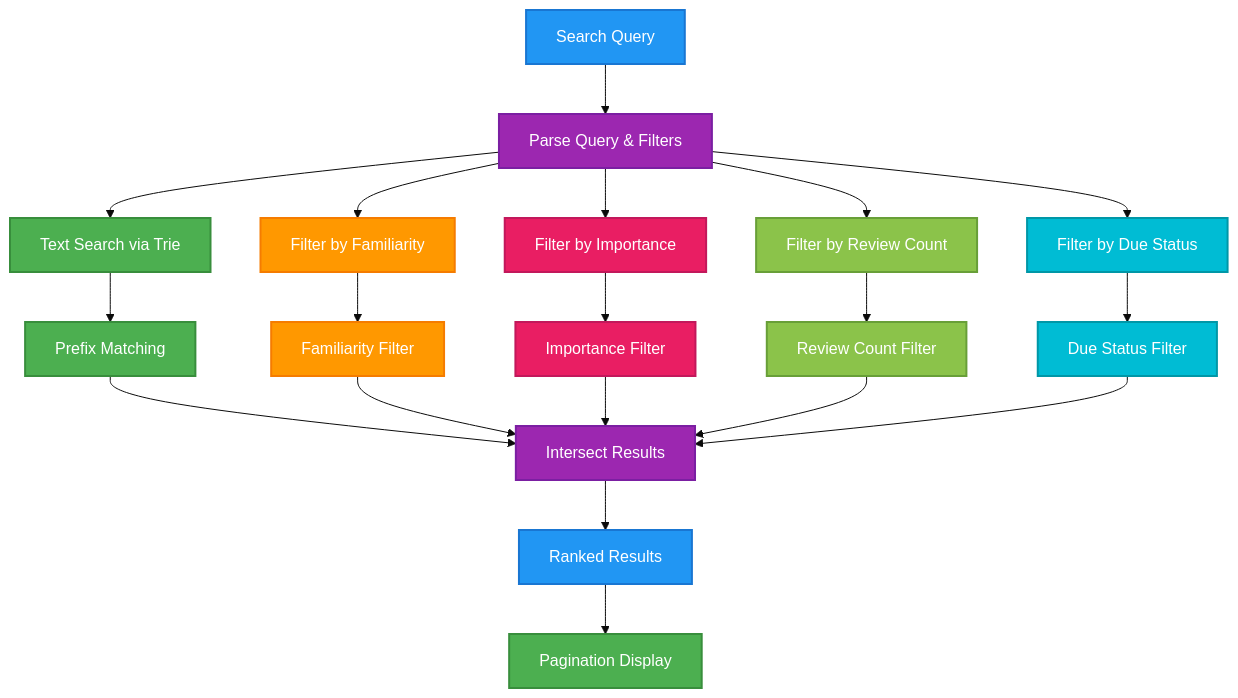
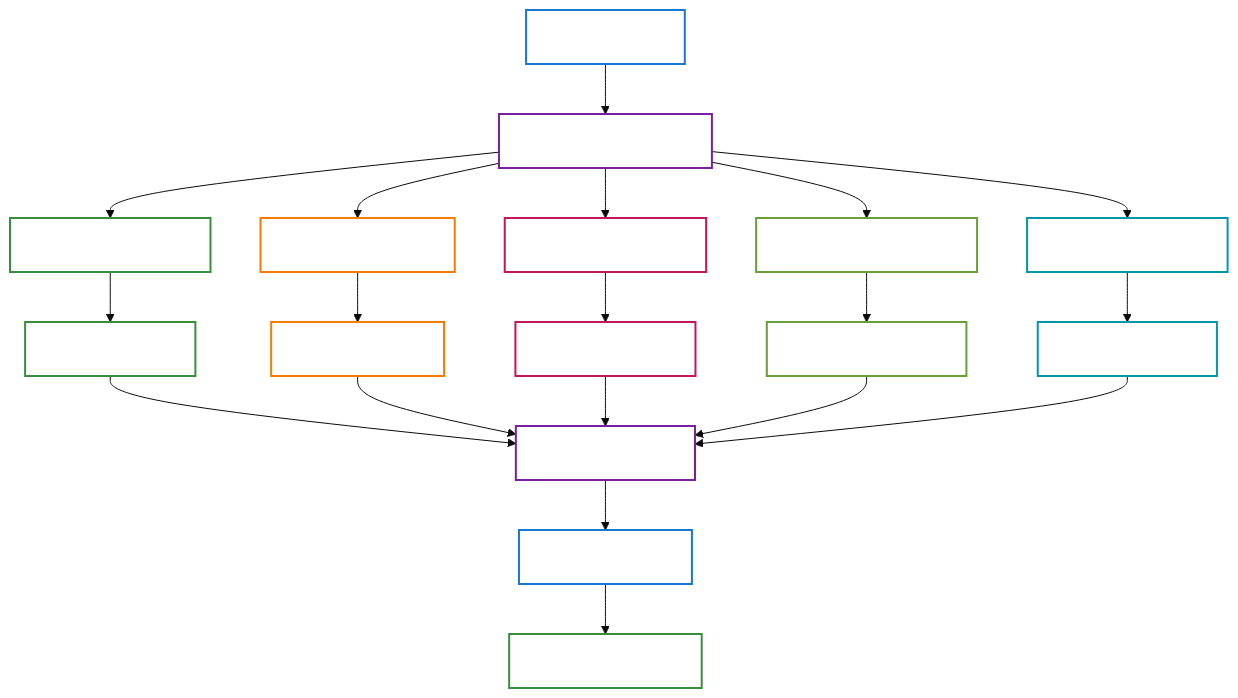
Before and after one commit to eannchen/leetsolv: the seventh of 8 diagrams in README.md, drawn with Mermaid (base theme). The commit also changed other lines of this file, not shown here.

Commit message:
docs: update README.md to adjust flowchart styles by adding fill-opacity for improved visual clarity and consistency across all sections

````diff
--- a/README.md
+++ b/README.md
@@ -651,40 +651,40 @@
 ```mermaid
 graph TD
     A[Search Query] --> B[Parse Query & Filters]
     B --> C[Text Search via Trie]
     B --> D[Filter by Familiarity]
     B --> E[Filter by Importance]
     B --> F[Filter by Review Count]
     B --> G[Filter by Due Status]
 
     C --> H[Prefix Matching]
     D --> I[Familiarity Filter]
     E --> J[Importance Filter]
     F --> K[Review Count Filter]
     G --> L[Due Status Filter]
 
     H --> M[Intersect Results]
     I --> M
     J --> M
     K --> M
     L --> M
 
     M --> N[Ranked Results]
     N --> O[Pagination Display]
 
-    style A fill:#2196F3,stroke:#1976D2,stroke-width:2px,color:#ffffff
-    style B fill:#9C27B0,stroke:#7B1FA2,stroke-width:2px,color:#ffffff
-    style C fill:#4CAF50,stroke:#388E3C,stroke-width:2px,color:#ffffff
-    style D fill:#FF9800,stroke:#F57C00,stroke-width:2px,color:#ffffff
-    style E fill:#E91E63,stroke:#C2185B,stroke-width:2px,color:#ffffff
-    style F fill:#8BC34A,stroke:#689F38,stroke-width:2px,color:#ffffff
-    style G fill:#00BCD4,stroke:#0097A7,stroke-width:2px,color:#ffffff
-    style H fill:#4CAF50,stroke:#388E3C,stroke-width:2px,color:#ffffff
-    style I fill:#FF9800,stroke:#F57C00,stroke-width:2px,color:#ffffff
-    style J fill:#E91E63,stroke:#C2185B,stroke-width:2px,color:#ffffff
-    style K fill:#8BC34A,stroke:#689F38,stroke-width:2px,color:#ffffff
-    style L fill:#00BCD4,stroke:#0097A7,stroke-width:2px,color:#ffffff
-    style M fill:#9C27B0,stroke:#7B1FA2,stroke-width:2px,color:#ffffff
-    style N fill:#2196F3,stroke:#1976D2,stroke-width:2px,color:#ffffff
-    style O fill:#4CAF50,stroke:#388E3C,stroke-width:2px,color:#ffffff
+    style A fill:#2196F3,fill-opacity:0,stroke:#1976D2,stroke-width:2px,color:#ffffff
+    style B fill:#9C27B0,fill-opacity:0,stroke:#7B1FA2,stroke-width:2px,color:#ffffff
+    style C fill:#4CAF50,fill-opacity:0,stroke:#388E3C,stroke-width:2px,color:#ffffff
+    style D fill:#FF9800,fill-opacity:0,stroke:#F57C00,stroke-width:2px,color:#ffffff
+    style E fill:#E91E63,fill-opacity:0,stroke:#C2185B,stroke-width:2px,color:#ffffff
+    style F fill:#8BC34A,fill-opacity:0,stroke:#689F38,stroke-width:2px,color:#ffffff
+    style G fill:#00BCD4,fill-opacity:0,stroke:#0097A7,stroke-width:2px,color:#ffffff
+    style H fill:#4CAF50,fill-opacity:0,stroke:#388E3C,stroke-width:2px,color:#ffffff
+    style I fill:#FF9800,fill-opacity:0,stroke:#F57C00,stroke-width:2px,color:#ffffff
+    style J fill:#E91E63,fill-opacity:0,stroke:#C2185B,stroke-width:2px,color:#ffffff
+    style K fill:#8BC34A,fill-opacity:0,stroke:#689F38,stroke-width:2px,color:#ffffff
+    style L fill:#00BCD4,fill-opacity:0,stroke:#0097A7,stroke-width:2px,color:#ffffff
+    style M fill:#9C27B0,fill-opacity:0,stroke:#7B1FA2,stroke-width:2px,color:#ffffff
+    style N fill:#2196F3,fill-opacity:0,stroke:#1976D2,stroke-width:2px,color:#ffffff
+    style O fill:#4CAF50,fill-opacity:0,stroke:#388E3C,stroke-width:2px,color:#ffffff
 ```
````
